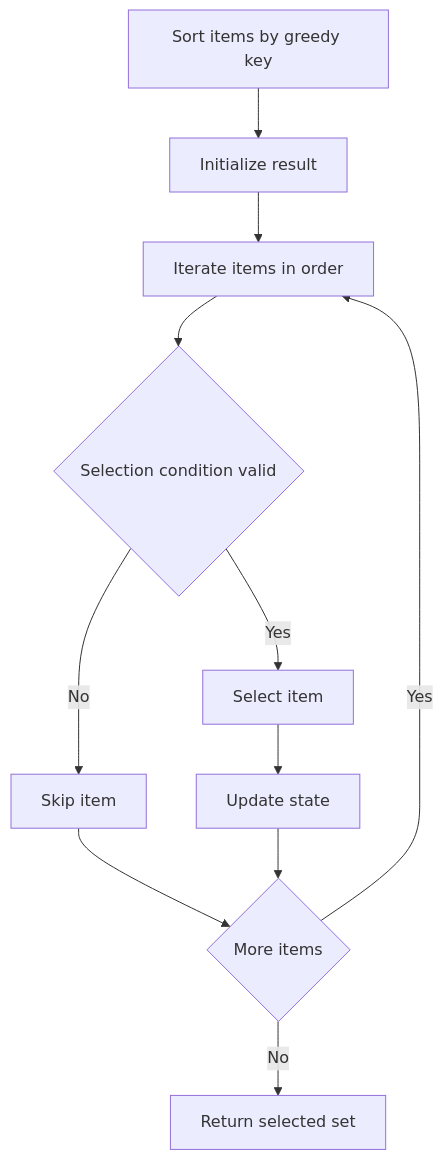
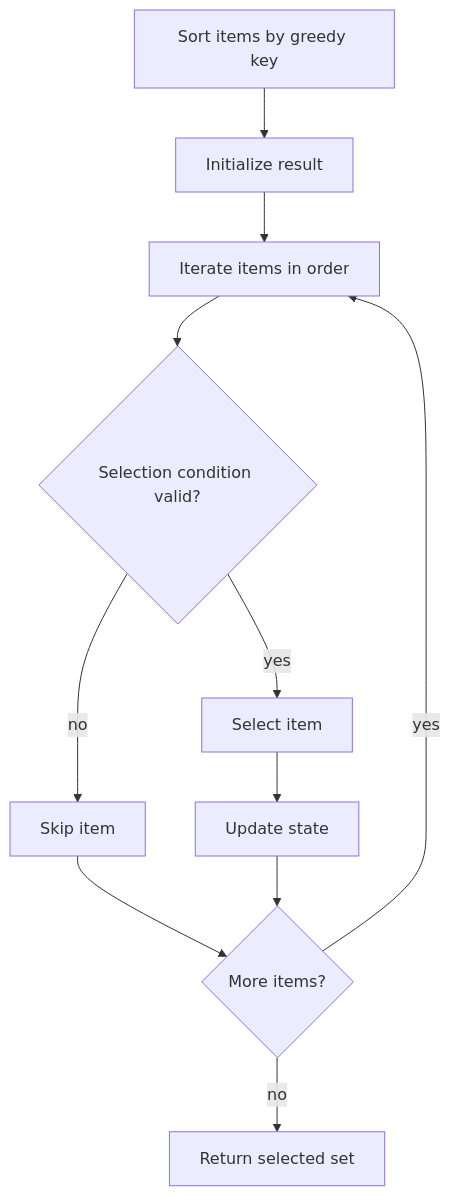
The diagram in content/docs/algorithms/algorithm-architect/04-greedy/01-greedy.md (choisimo/document), drawn with Mermaid before and after one commit. The commit also changed other lines of this file and 432 other files, not shown here.

````diff
--- a/content/docs/algorithms/algorithm-architect/04-greedy/01-greedy.md
+++ b/content/docs/algorithms/algorithm-architect/04-greedy/01-greedy.md
@@ -12,13 +73,13 @@
 ```mermaid
 flowchart TD
     A[Sort items by greedy key] --> B[Initialize result]
     B --> C[Iterate items in order]
-    C --> D{Selection condition valid}
-    D -- Yes --> E[Select item]
-    D -- No --> F[Skip item]
+    C --> D{Selection condition valid?}
+    D -- yes --> E[Select item]
+    D -- no --> F[Skip item]
     E --> G[Update state]
-    F --> H{More items}
+    F --> H{More items?}
     G --> H
-    H -- Yes --> C
-    H -- No --> I[Return selected set]
+    H -- yes --> C
+    H -- no --> I[Return selected set]
 ```
````
